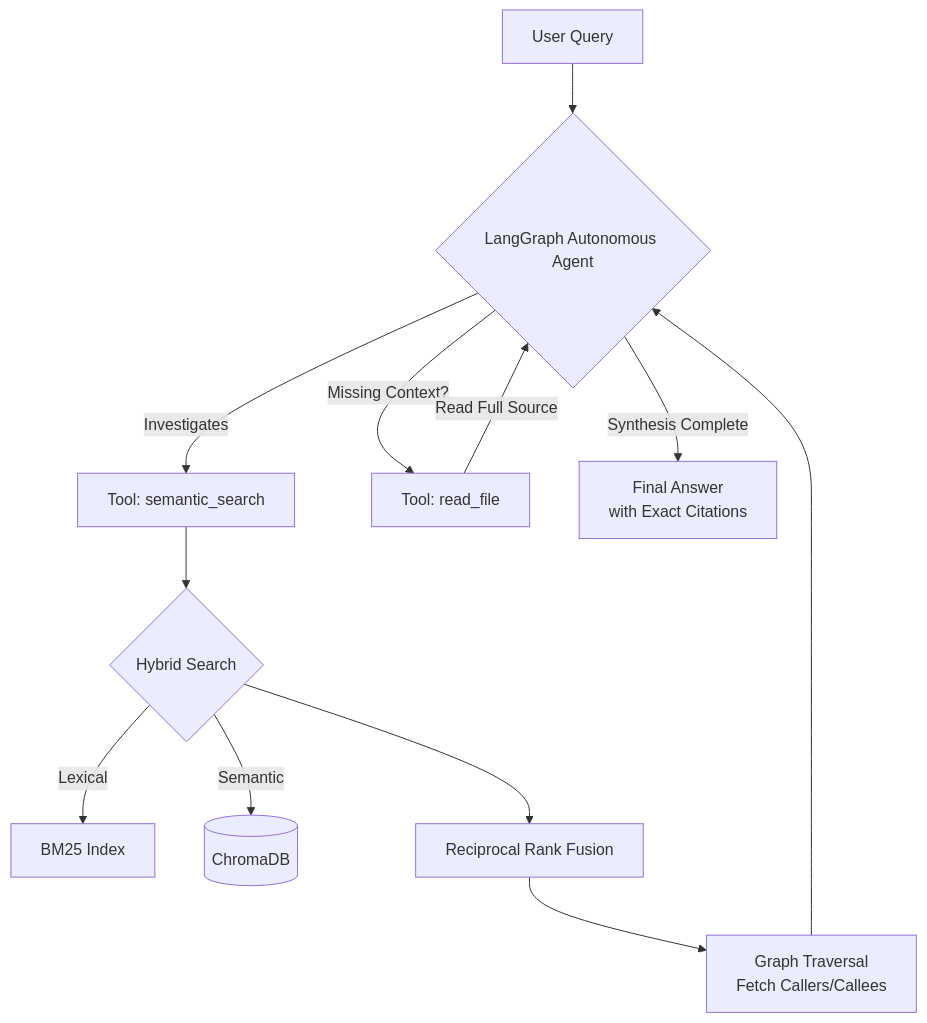
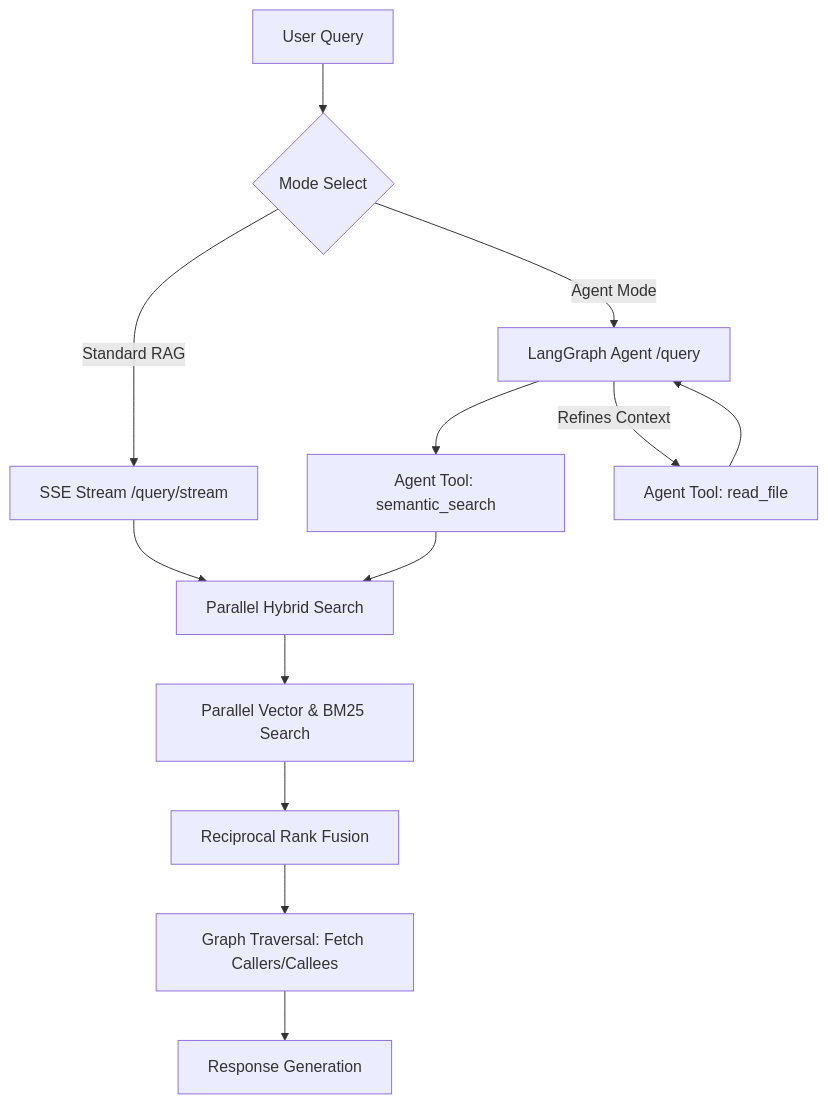
The second of 2 diagrams in README.md (Ganesh-403/Repo-Sage), drawn with Mermaid before and after one commit. The commit also changed other lines of this file and 2 other files, not shown here.

Commit message:
feat: introduce React frontend with SSE streaming, parallelized hybrid search, and configurable query expansion logic

````diff
--- a/README.md
+++ b/README.md
@@ -61,14 +66,18 @@
 ```mermaid
 graph TD
-    Q[User Query] --> A{LangGraph Autonomous Agent}
-    A -->|Investigates| B[Tool: semantic_search]
-    B --> C{Hybrid Search}
-    C -->|Lexical| D[BM25 Index]
-    C -->|Semantic| E[(ChromaDB)]
-    C --> F[Reciprocal Rank Fusion]
-    F --> G[Graph Traversal <br/> Fetch Callers/Callees]
-    G --> A
-    A -->|Missing Context?| H[Tool: read_file]
-    H -->|Read Full Source| A
-    A -->|Synthesis Complete| I[Final Answer <br/> with Exact Citations]
+    Q[User Query] --> M{Mode Select}
+    M -->|Standard RAG| S[SSE Stream /query/stream]
+    M -->|Agent Mode| A[LangGraph Agent /query]
+    
+    S --> H[Parallel Hybrid Search]
+    A --> T[Agent Tool: semantic_search]
+    T --> H
+    
+    H --> P[Parallel Vector & BM25 Search]
+    P --> RRF[Reciprocal Rank Fusion]
+    RRF --> G[Graph Traversal: Fetch Callers/Callees]
+    G --> R[Response Generation]
+    
+    A -->|Refines Context| RF[Agent Tool: read_file]
+    RF --> A
 ```
````
